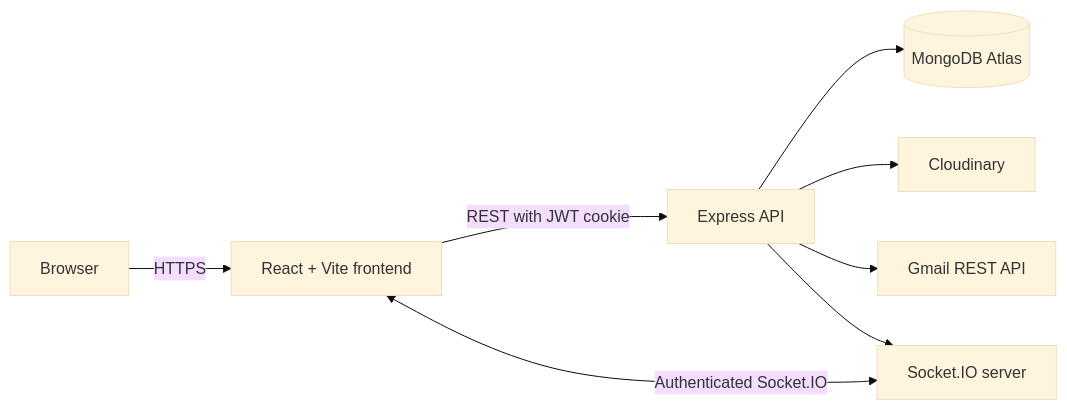
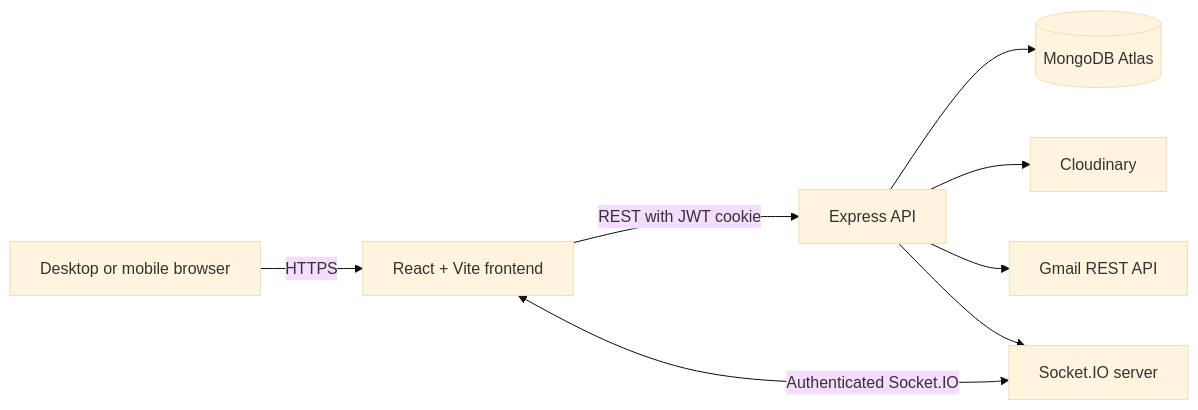
The diagram in README.md (Saurav11343/click-chat), drawn with Mermaid (base theme) before and after one commit. The commit also changed other lines of this file and 6 other files, not shown here.

````diff
--- a/README.md
+++ b/README.md
@@ -32,10 +33,10 @@
 ```mermaid
 flowchart LR
-    U["Browser"] -->|"HTTPS"| F["React + Vite frontend"]
+    U["Desktop or mobile browser"] -->|"HTTPS"| F["React + Vite frontend"]
     F -->|"REST with JWT cookie"| B["Express API"]
     F <-->|"Authenticated Socket.IO"| S["Socket.IO server"]
     B --> DB[("MongoDB Atlas")]
     B --> C["Cloudinary"]
     B --> G["Gmail REST API"]
     B --> S
 ```
````
